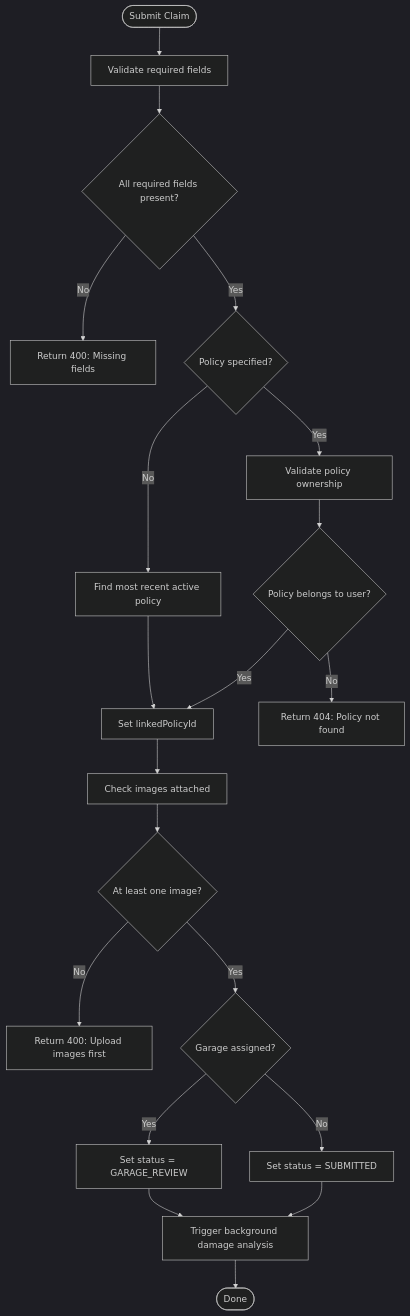
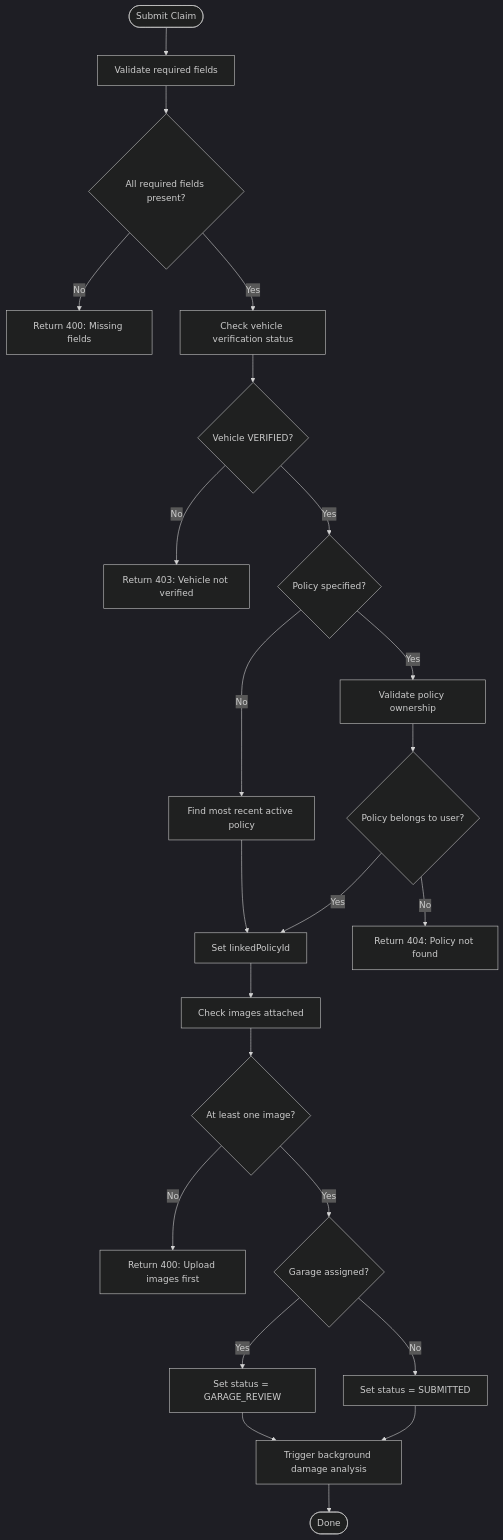
One commit to NaveenHiranya/Smart-Vehicle-Insurance-Claim-System changed the third of 16 diagrams in .qoder/repowiki/en/content/Business Logic Layer/Claims Processing Workflow.md. Above: the diagram before and after it, drawn with Mermaid (dark theme). The commit also changed other lines of this file and 21 other files, not shown here.

````diff
--- a/.qoder/repowiki/en/content/Business Logic Layer/Claims Processing Workflow.md
+++ b/.qoder/repowiki/en/content/Business Logic Layer/Claims Processing Workflow.md
@@ -197,22 +205,25 @@
 ```mermaid
 flowchart TD
 Start(["Submit Claim"]) --> Validate["Validate required fields"]
 Validate --> Valid{"All required fields present?"}
 Valid --> |No| ErrFields["Return 400: Missing fields"]
-Valid --> |Yes| CheckPolicy{"Policy specified?"}
+Valid --> |Yes| CheckVehicle["Check vehicle verification status"]
+CheckVehicle --> Verified{"Vehicle VERIFIED?"}
+Verified --> |No| ErrUnverified["Return 403: Vehicle not verified"]
+Verified --> |Yes| CheckPolicy{"Policy specified?"}
 CheckPolicy --> |No| AutoLink["Find most recent active policy"]
 CheckPolicy --> |Yes| ValidatePolicy["Validate policy ownership"]
 AutoLink --> SetPolicy["Set linkedPolicyId"]
 ValidatePolicy --> HasPolicy{"Policy belongs to user?"}
 HasPolicy --> |No| ErrPolicy["Return 404: Policy not found"]
 HasPolicy --> |Yes| SetPolicy
 SetPolicy --> CheckImages["Check images attached"]
 CheckImages --> HasImages{"At least one image?"}
 HasImages --> |No| ErrImages["Return 400: Upload images first"]
 HasImages --> |Yes| CheckGarage{"Garage assigned?"}
 CheckGarage --> |Yes| SetGarageReview["Set status = GARAGE_REVIEW"]
 CheckGarage --> |No| SetSubmitted["Set status = SUBMITTED"]
 SetGarageReview --> TriggerAI["Trigger background damage analysis"]
 SetSubmitted --> TriggerAI
 TriggerAI --> End(["Done"])
 ```
````
